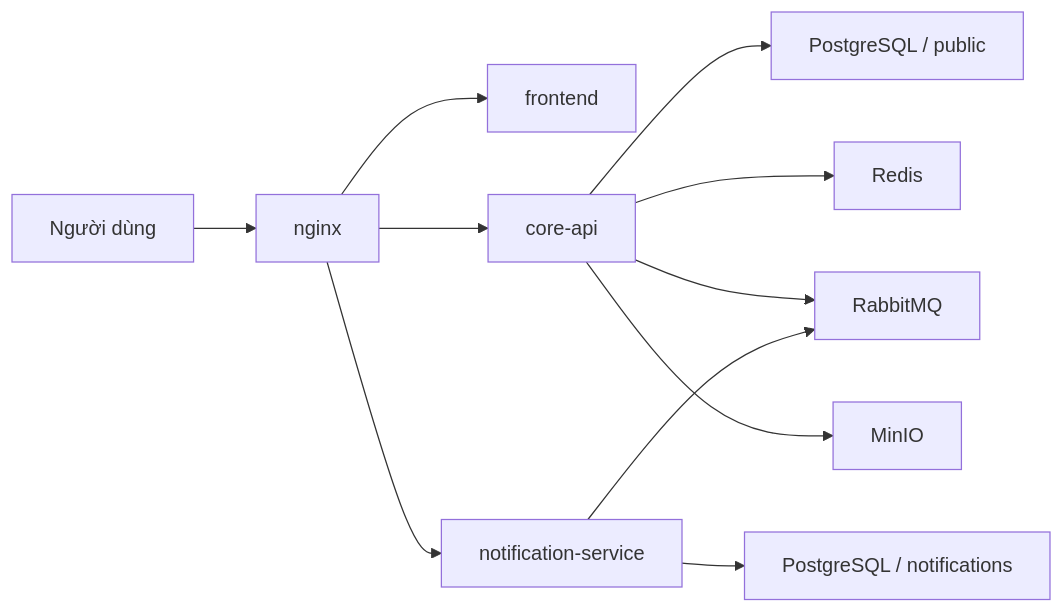
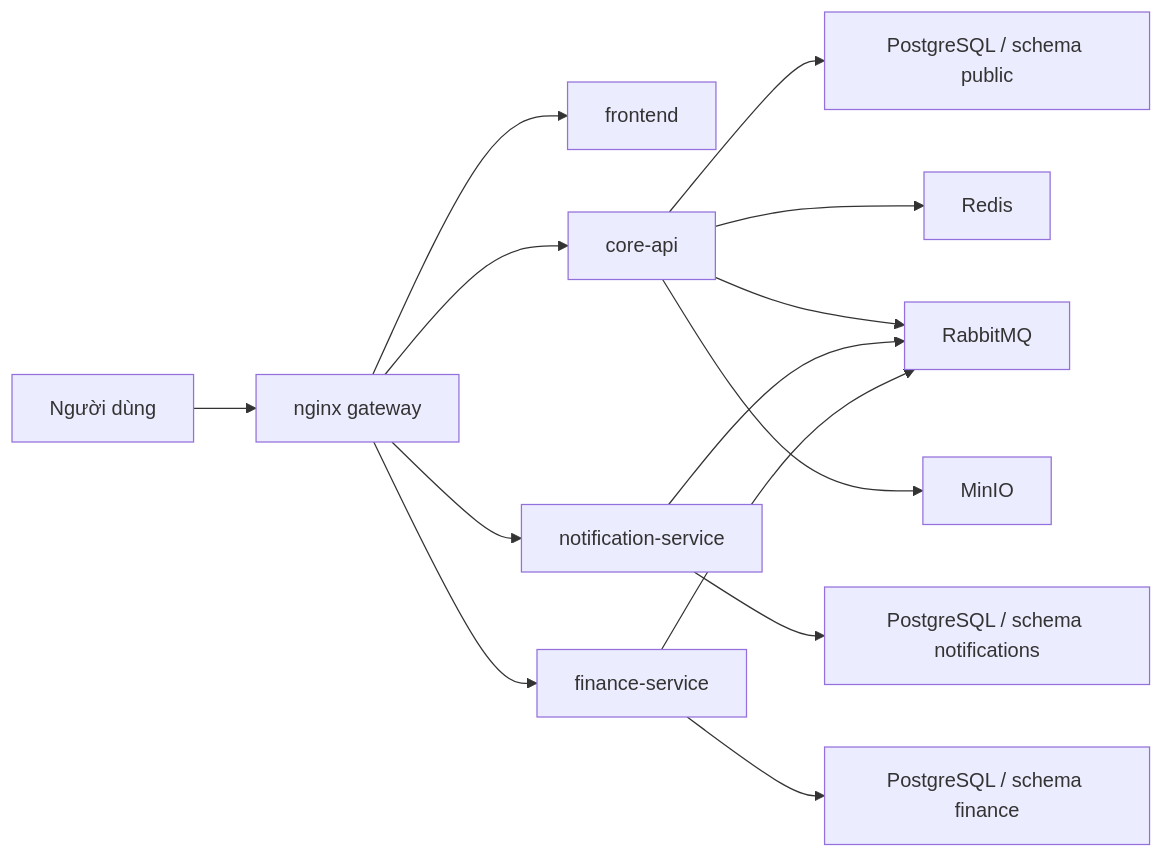
One commit to JasonTM17/CampusCore_FullStack_Individual changed the diagram in docs/ARCHITECTURE.md. Above: the diagram before and after it, drawn with Mermaid. The commit also changed other lines of this file and 7 other files, not shown here.

Commit message:
docs(architecture): align readmes and operations guides for microservices v2

````diff
--- a/docs/ARCHITECTURE.md
+++ b/docs/ARCHITECTURE.md
@@ -32,13 +89,18 @@
 ```mermaid
 flowchart LR
-  U["Người dùng"] --> N["nginx"]
+  U["Người dùng"] --> N["nginx gateway"]
   N --> F["frontend"]
   N --> C["core-api"]
-  N --> S["notification-service"]
-  C --> P1["PostgreSQL / public"]
-  S --> P2["PostgreSQL / notifications"]
+  N --> NS["notification-service"]
+  N --> FS["finance-service"]
+
+  C --> P1["PostgreSQL / schema public"]
+  NS --> P2["PostgreSQL / schema notifications"]
+  FS --> P3["PostgreSQL / schema finance"]
+
   C --> R["Redis"]
   C --> Q["RabbitMQ"]
-  S --> Q
+  NS --> Q
+  FS --> Q
   C --> M["MinIO"]
 ```
````
